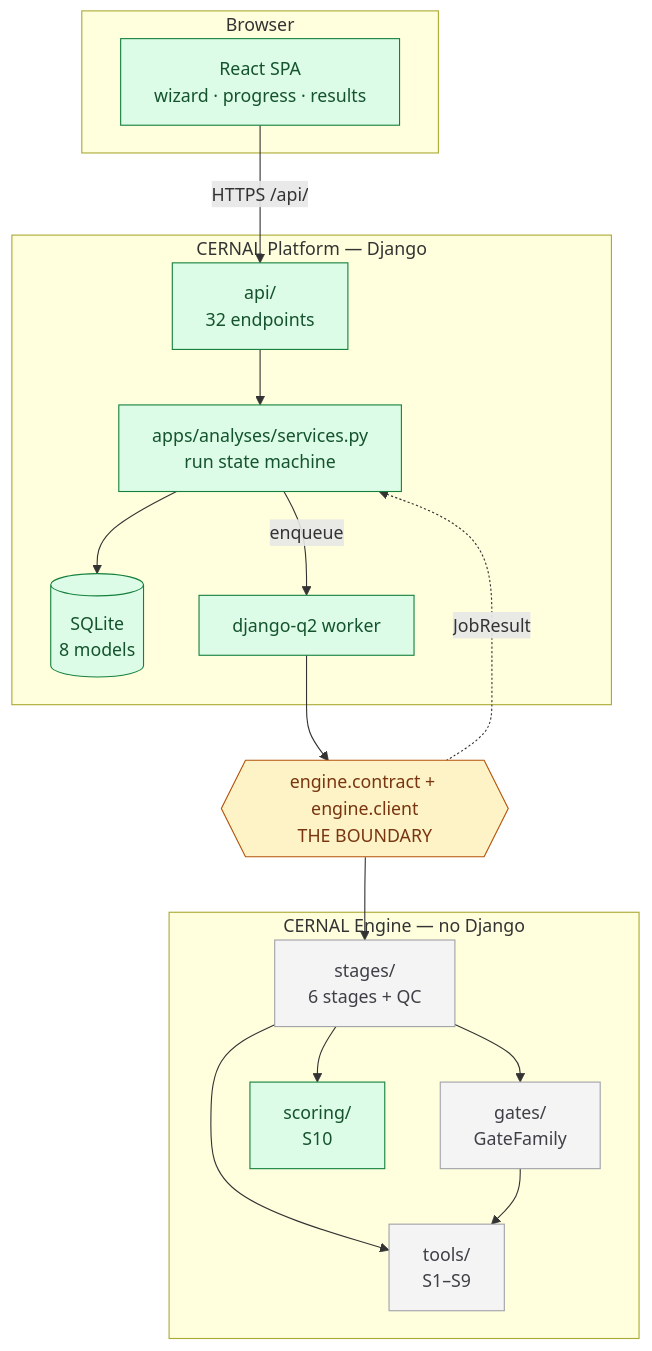
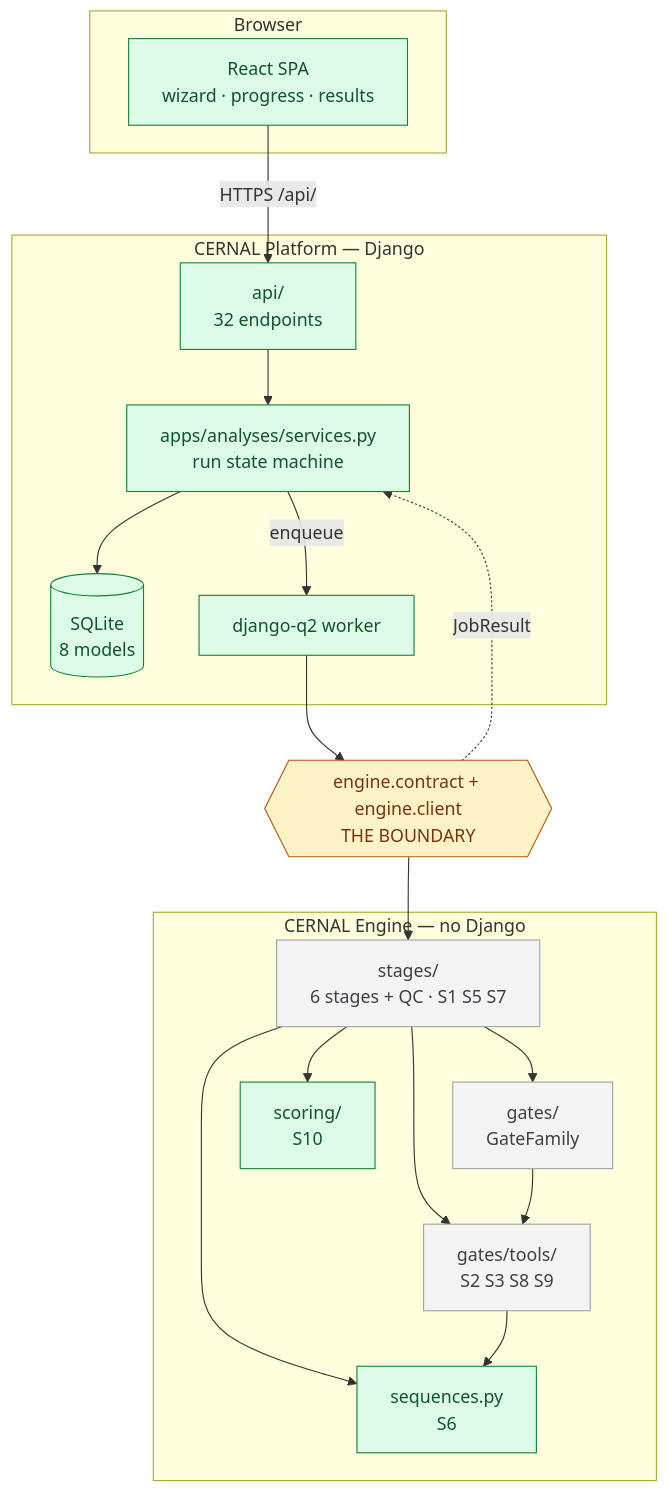
The first of 6 diagrams in docs/engine.md (zivbental/cernal_software), drawn with Mermaid before and after one commit. The commit also changed other lines of this file and 23 other files, not shown here.

````diff
--- a/docs/engine.md
+++ b/docs/engine.md
@@ -42,41 +42,44 @@
 ```mermaid
 flowchart TB
     subgraph browser["Browser"]
         SPA["React SPA<br/>wizard · progress · results"]
     end
 
     subgraph platform["CERNAL Platform — Django"]
         API["api/<br/>32 endpoints"]
         SVC["apps/analyses/services.py<br/>run state machine"]
         DB[("SQLite<br/>8 models")]
         WORKER["django-q2 worker"]
     end
 
     SEAM{{"engine.contract + engine.client<br/>THE BOUNDARY"}}
 
     subgraph engine["CERNAL Engine — no Django"]
-        PIPE["stages/<br/>6 stages + QC"]
+        PIPE["stages/<br/>6 stages + QC · S1 S5 S7"]
         GATES["gates/<br/>GateFamily"]
-        TOOLS["tools/<br/>S1–S9"]
+        TOOLS["gates/tools/<br/>S2 S3 S8 S9"]
         SCORE["scoring/<br/>S10"]
+        SEQ["sequences.py<br/>S6"]
     end
 
     SPA -->|"HTTPS /api/"| API
     API --> SVC
     SVC --> DB
     SVC -->|"enqueue"| WORKER
     WORKER --> SEAM
     SEAM --> PIPE
     PIPE --> GATES
     PIPE --> TOOLS
     PIPE --> SCORE
     GATES --> TOOLS
+    PIPE --> SEQ
+    TOOLS --> SEQ
     SEAM -.->|"JobResult"| SVC
 
     classDef built fill:#dcfce7,stroke:#15803d,color:#14532d
     classDef todo fill:#f4f4f5,stroke:#a1a1aa,color:#3f3f46
     classDef seam fill:#fef3c7,stroke:#b45309,color:#78350f
-    class SPA,API,SVC,DB,WORKER,SCORE built
+    class SPA,API,SVC,DB,WORKER,SCORE,SEQ built
     class PIPE,GATES,TOOLS todo
     class SEAM seam
 ```
````
